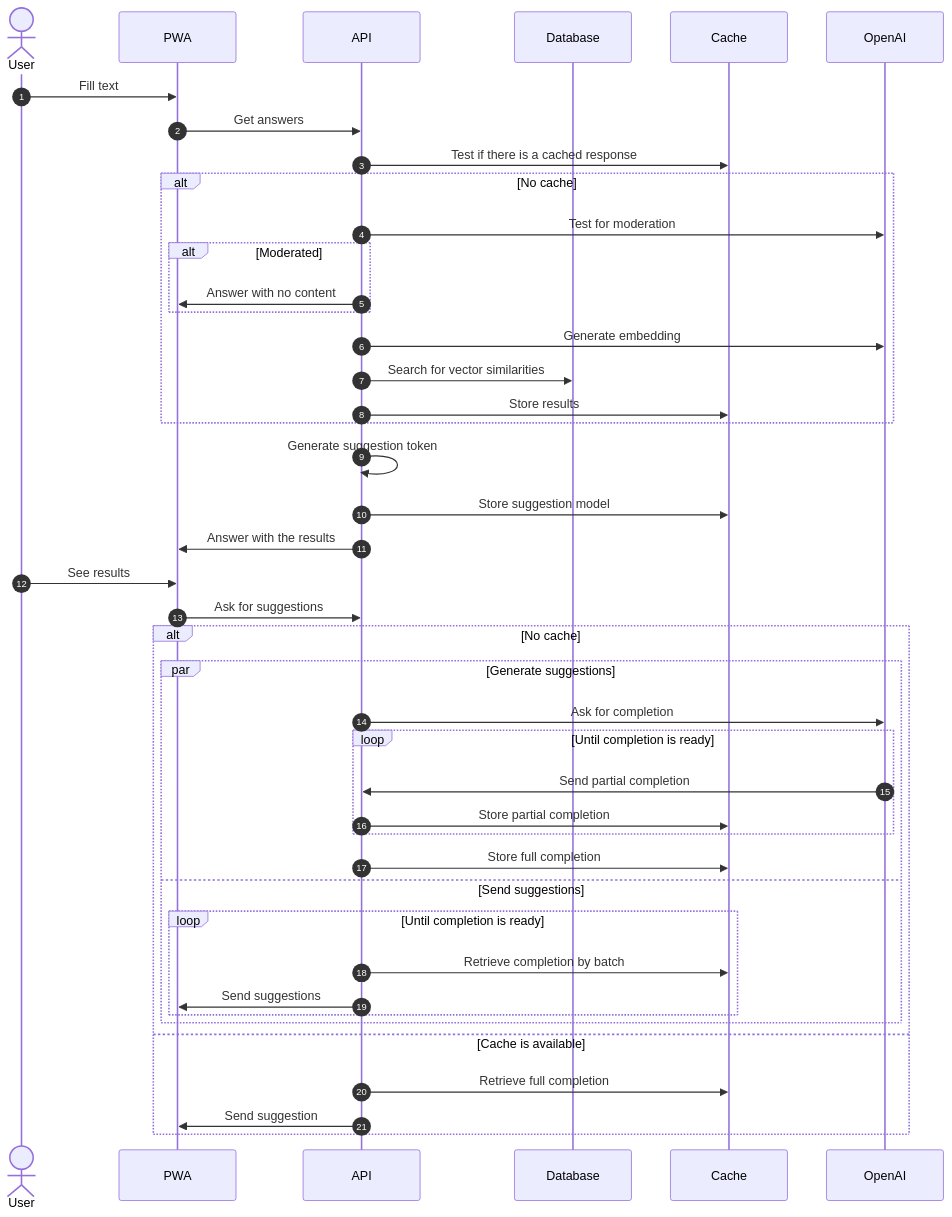
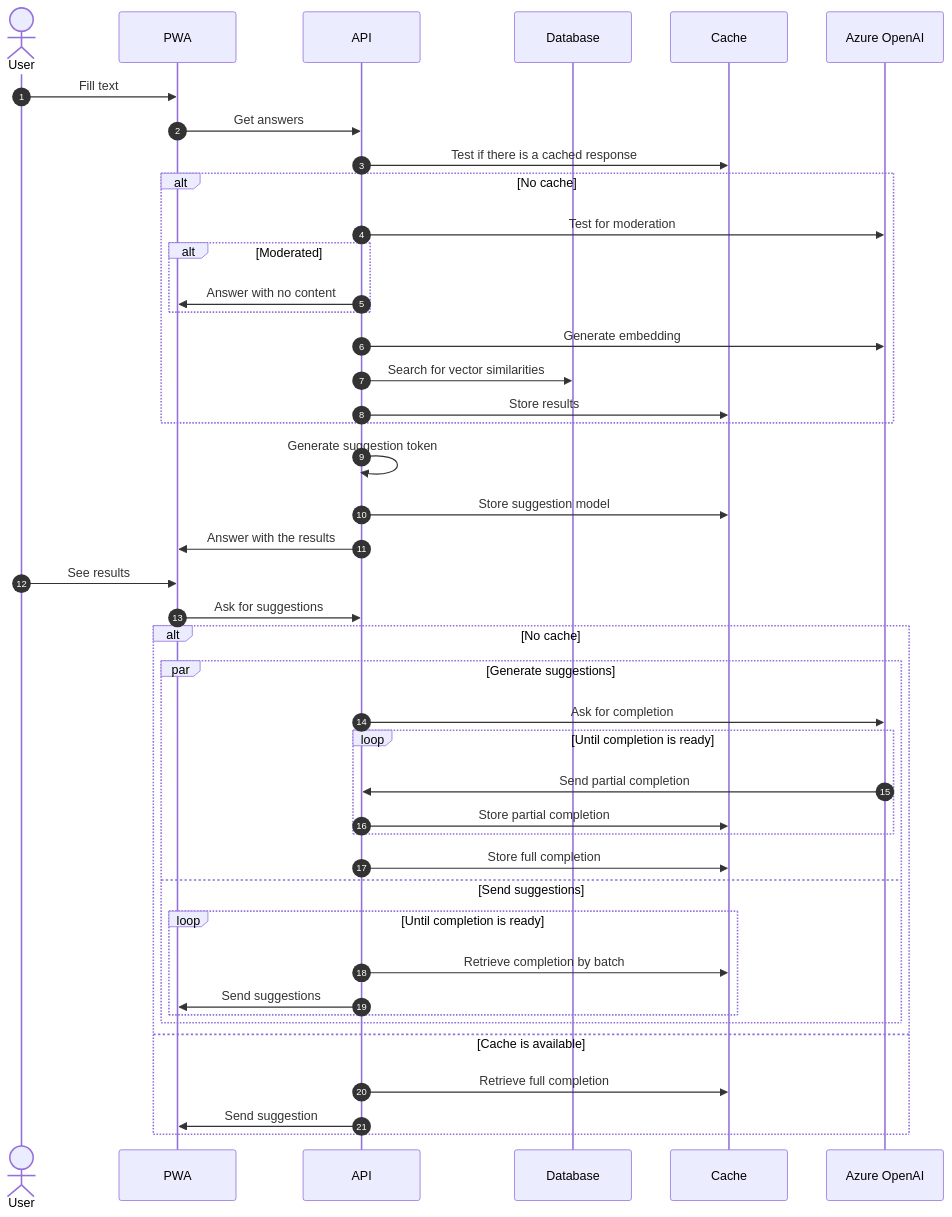
One commit to clemlesne/moaw-search changed the third of 3 diagrams in README.md. Above: the diagram before and after it, drawn with Mermaid. The commit also changed other lines of this file and 9 other files, not shown here.

````diff
--- a/README.md
+++ b/README.md
@@ -111,52 +111,52 @@
 ```mermaid
 sequenceDiagram
     autonumber
 
     actor User
     participant PWA
     participant API
     participant Database
     participant Cache
-    participant OpenAI
+    participant Azure OpenAI
 
     User ->> PWA: Fill text
     PWA ->> API: Get answers
     API ->> Cache: Test if there is a cached response
 
     alt No cache
-        API ->> OpenAI: Test for moderation
+        API ->> Azure OpenAI: Test for moderation
         alt Moderated
           API ->> PWA: Answer with no content
         end
-        API ->> OpenAI: Generate embedding
+        API ->> Azure OpenAI: Generate embedding
         API ->> Database: Search for vector similarities
         API ->> Cache: Store results
     end
 
     API ->> API: Generate suggestion token
     API ->> Cache: Store suggestion model
     API ->> PWA: Answer with the results
 
     User ->> PWA: See results
 
     PWA ->> API: Ask for suggestions
 
     alt No cache
       par Generate suggestions
-        API ->> OpenAI: Ask for completion
+        API ->> Azure OpenAI: Ask for completion
         loop Until completion is ready
-          OpenAI ->> API: Send partial completion
+          Azure OpenAI ->> API: Send partial completion
           API ->> Cache: Store partial completion
         end
         API ->> Cache: Store full completion
       and Send suggestions
         loop Until completion is ready
           API ->> Cache: Retrieve completion by batch
           API ->> PWA: Send suggestions
         end
       end
     else Cache is available
       API ->> Cache: Retrieve full completion
       API ->> PWA: Send suggestion
     end
 ```
````
